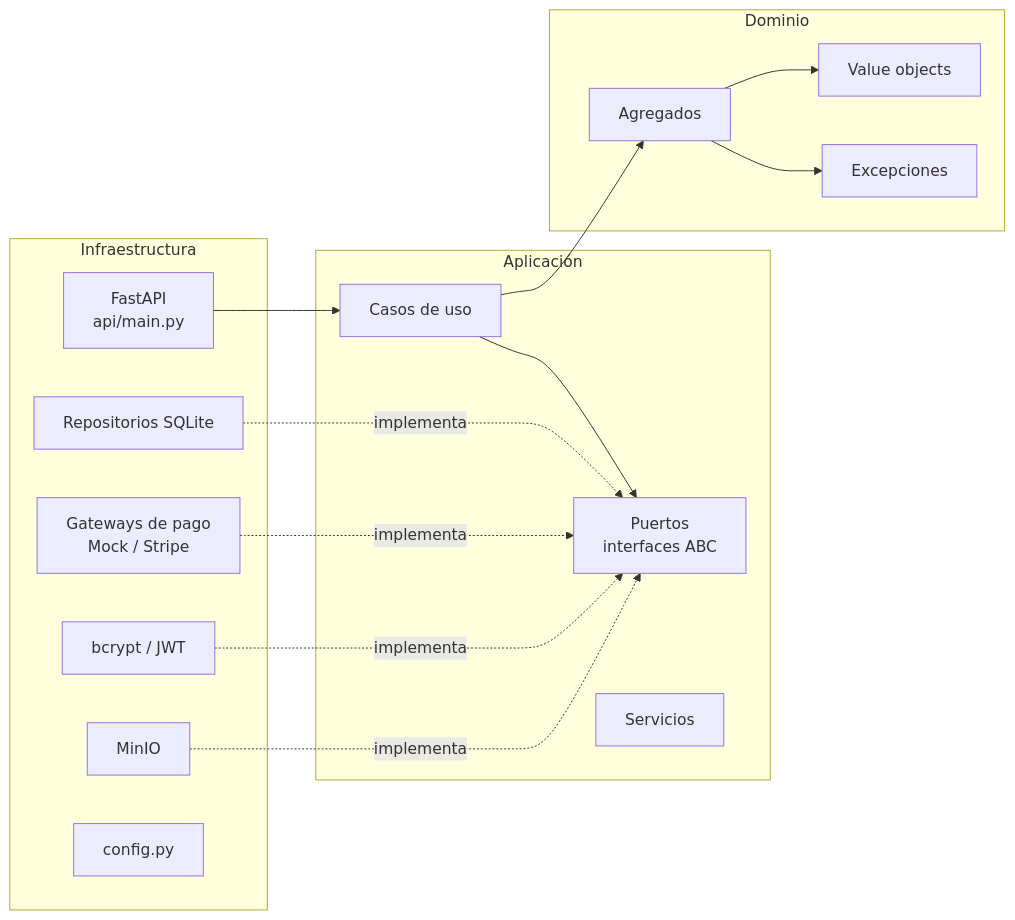
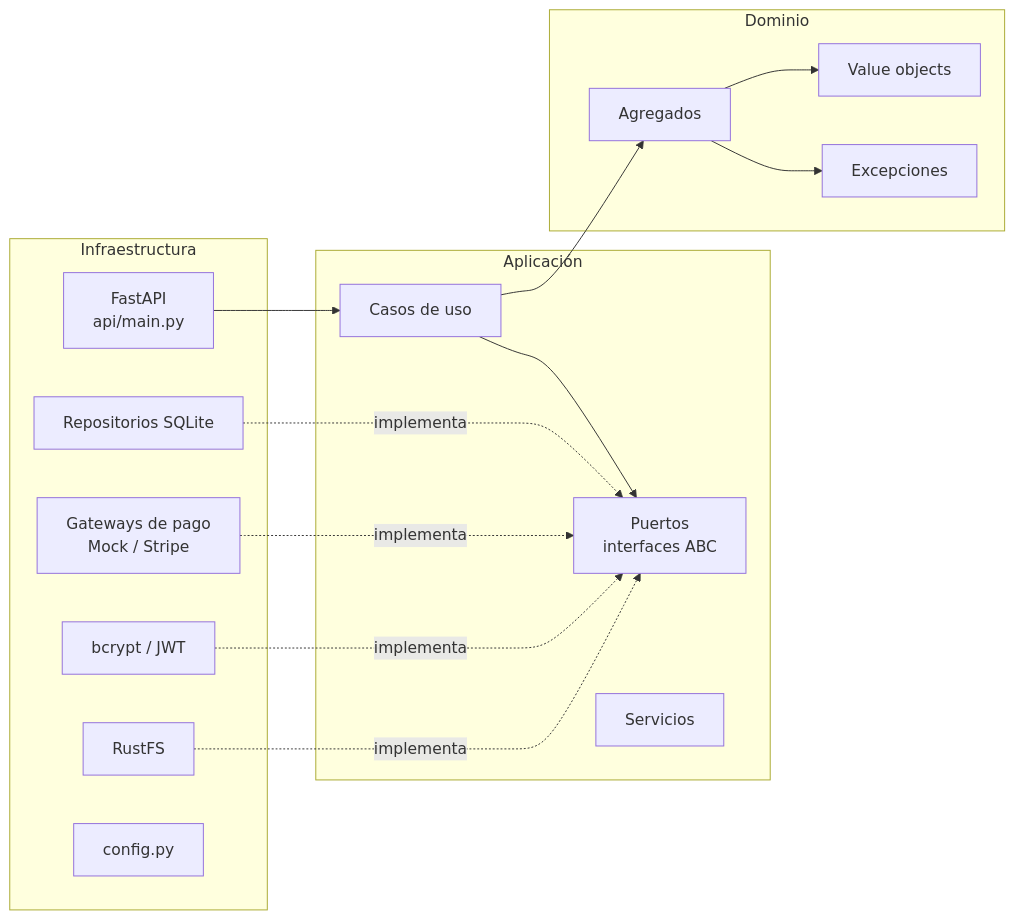
Before and after one commit to soyeison/virtual-shoes-catalog: the first of 3 diagrams in virtual-catalog-api/docs/architecture.md, drawn with Mermaid. The commit also changed other lines of this file and 11 other files, not shown here.

````diff
--- a/virtual-catalog-api/docs/architecture.md
+++ b/virtual-catalog-api/docs/architecture.md
@@ -5,31 +5,31 @@
 ```mermaid
 flowchart LR
     subgraph Infraestructura
         API[FastAPI<br/>api/main.py]
         REPO[Repositorios SQLite]
         GW[Gateways de pago<br/>Mock / Stripe]
         SEC[bcrypt / JWT]
-        STO[MinIO]
+        STO[RustFS]
         CFG[config.py]
     end
     subgraph Aplicación
         UC[Casos de uso]
         PORTS[Puertos<br/>interfaces ABC]
         SRV[Servicios]
     end
     subgraph Dominio
         AGG[Agregados]
         VO[Value objects]
         EXC[Excepciones]
     end
 
     API --> UC
     UC --> PORTS
     UC --> AGG
     REPO -. implementa .-> PORTS
     GW -. implementa .-> PORTS
     SEC -. implementa .-> PORTS
     STO -. implementa .-> PORTS
     AGG --> VO
     AGG --> EXC
 ```
````
